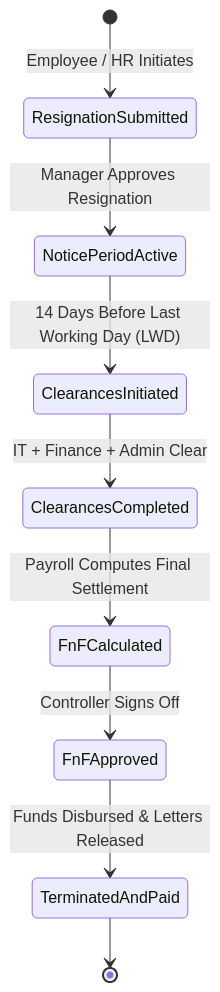
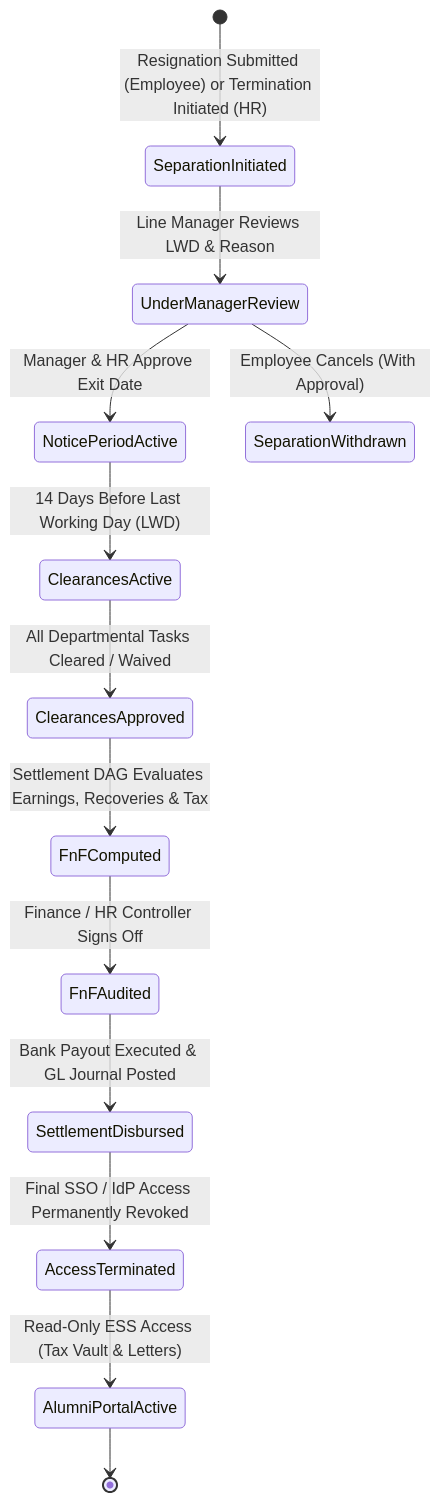
The first of 5 diagrams in research/final_modules/hrms/05_offboarding_and_final_settlement.md (innostes-dev/erp), drawn with Mermaid before and after one commit. The commit also changed other lines of this file and 3 other files, not shown here.

Commit message:
feat(hrms-offboarding): complete canonical separation lifecycle, clearance DAG, gratuity engine, F&F studio, and alumni vault

````diff
--- a/research/final_modules/hrms/05_offboarding_and_final_settlement.md
+++ b/research/final_modules/hrms/05_offboarding_and_final_settlement.md
@@ -12,11 +33,18 @@
 ```mermaid
 stateDiagram-v2
-    [*] --> ResignationSubmitted : Employee / HR Initiates
-    ResignationSubmitted --> NoticePeriodActive : Manager Approves Resignation
-    NoticePeriodActive --> ClearancesInitiated : 14 Days Before Last Working Day (LWD)
-    ClearancesInitiated --> ClearancesCompleted : IT + Finance + Admin Clear
-    ClearancesCompleted --> FnFCalculated : Payroll Computes Final Settlement
-    FnFCalculated --> FnFApproved : Controller Signs Off
-    FnFApproved --> TerminatedAndPaid : Funds Disbursed & Letters Released
-    TerminatedAndPaid --> [*]
+    [*] --> SeparationInitiated : Resignation Submitted (Employee) or Termination Initiated (HR)
+    SeparationInitiated --> UnderManagerReview : Line Manager Reviews LWD & Reason
+    UnderManagerReview --> NoticePeriodActive : Manager & HR Approve Exit Date
+    UnderManagerReview --> SeparationWithdrawn : Employee Cancels (With Approval)
+    
+    NoticePeriodActive --> ClearancesActive : 14 Days Before Last Working Day (LWD)
+    ClearancesActive --> ClearancesApproved : All Departmental Tasks Cleared / Waived
+    
+    ClearancesApproved --> FnFComputed : Settlement DAG Evaluates Earnings, Recoveries & Tax
+    FnFComputed --> FnFAudited : Finance / HR Controller Signs Off
+    
+    FnFAudited --> SettlementDisbursed : Bank Payout Executed & GL Journal Posted
+    SettlementDisbursed --> AccessTerminated : Final SSO / IdP Access Permanently Revoked
+    AccessTerminated --> AlumniPortalActive : Read-Only ESS Access (Tax Vault & Letters)
+    AlumniPortalActive --> [*]
 ```
````
